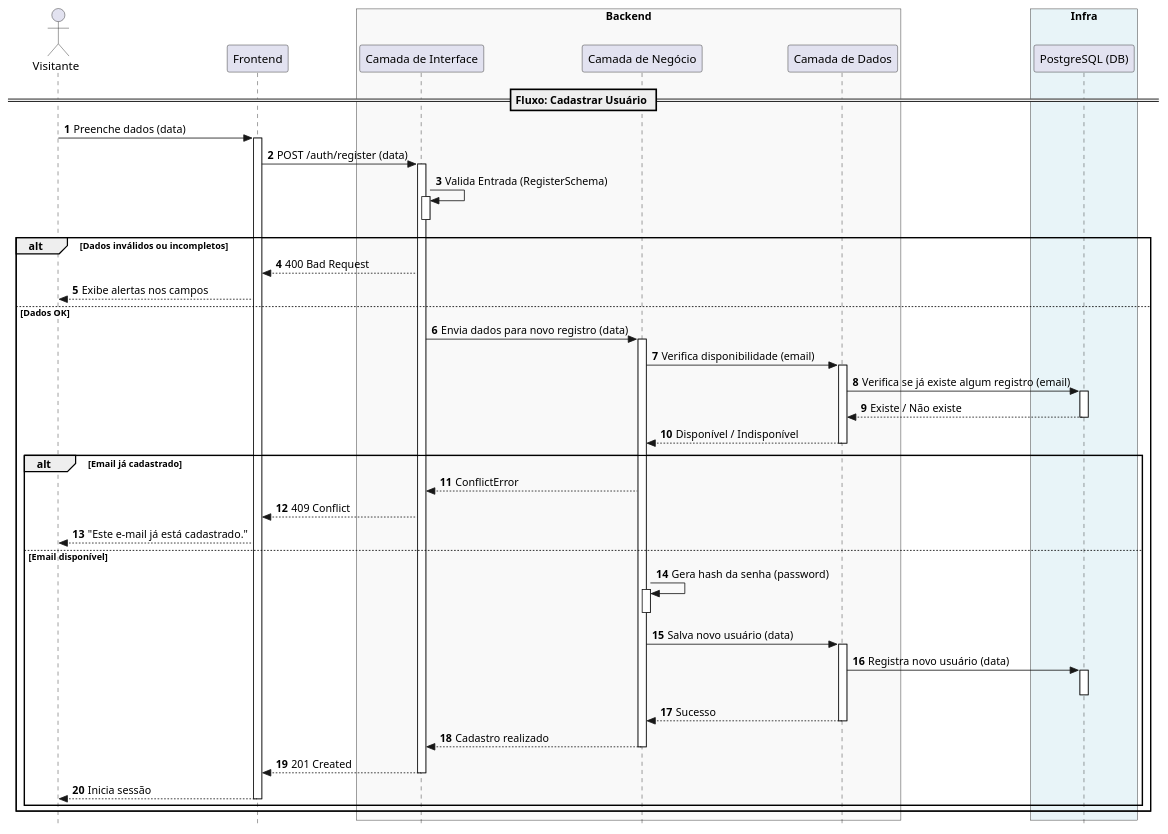
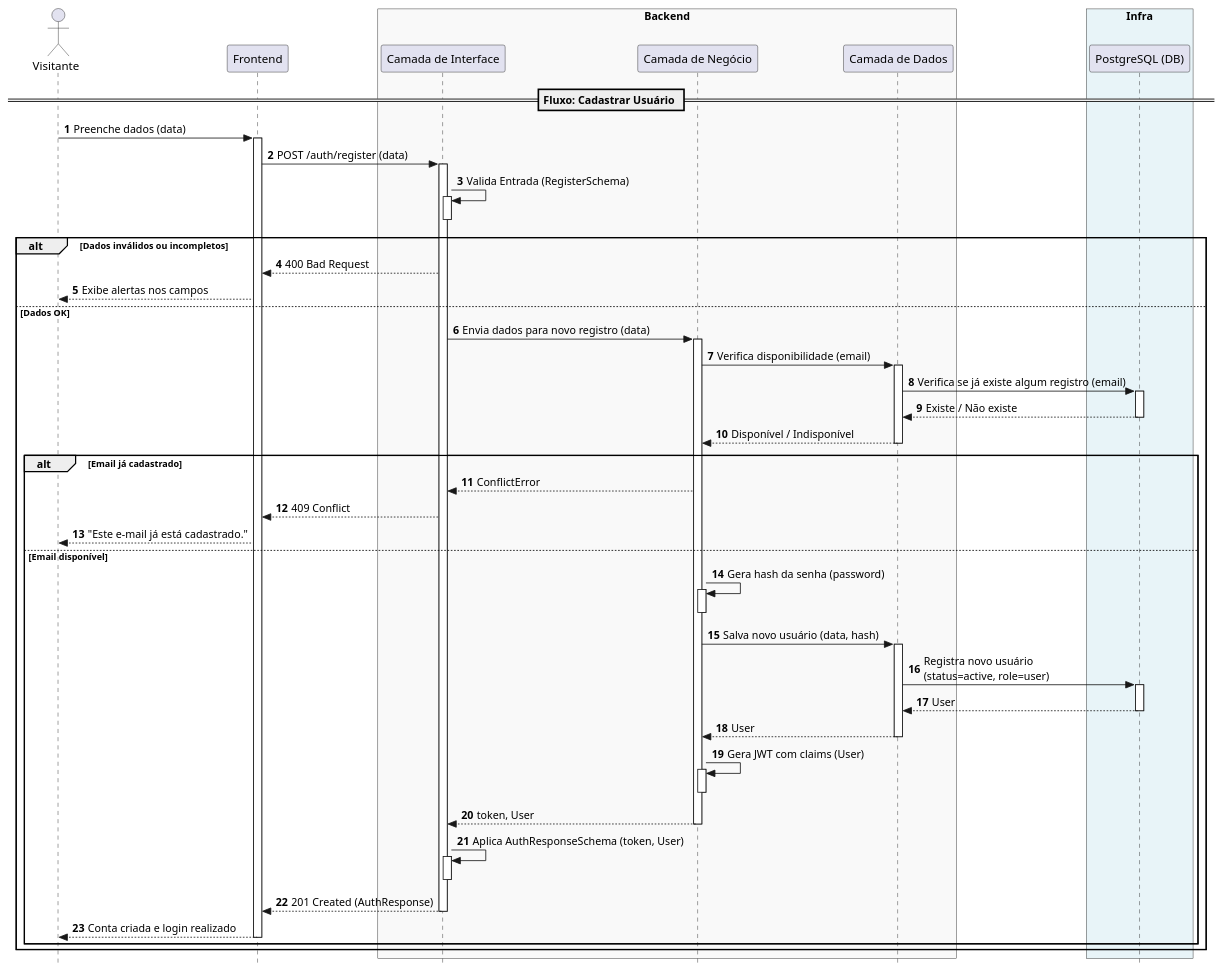
The diagram in docs/uml/sequence/puml/01_user_register.puml (karlsen16/OndeTa), drawn with PlantUML before and after one commit. The commit also changed 16 other files, not shown here.

```diff
--- a/docs/uml/sequence/puml/01_user_register.puml
+++ b/docs/uml/sequence/puml/01_user_register.puml
@@ -1,66 +1,73 @@
 @startuml
 autonumber
 skinparam style strictuml
 
 actor "Visitante" as Guest
 participant "Frontend" as UI
 
 box "Backend" #f9f9f9
     participant "Camada de Interface" as CI
     participant "Camada de Negócio" as CN
     participant "Camada de Dados" as CD
 end box
 
 box "Infra" #e8f4f8
     participant "PostgreSQL (DB)" as DB
 end box
 
 == Fluxo: Cadastrar Usuário ==
 
 Guest -> UI : Preenche dados (data)
 activate UI
 UI -> CI : POST /auth/register (data)
 activate CI
 CI -> CI : Valida Entrada (RegisterSchema)
 activate CI
 deactivate CI
 
 alt Dados inválidos ou incompletos
     CI --> UI : 400 Bad Request
     UI --> Guest : Exibe alertas nos campos
 else Dados OK
     CI -> CN : Envia dados para novo registro (data)
     activate CN
     CN -> CD : Verifica disponibilidade (email)
     activate CD
     CD -> DB : Verifica se já existe algum registro (email)
     activate DB
     DB --> CD : Existe / Não existe
     deactivate DB
     CD --> CN : Disponível / Indisponível
     deactivate CD
 
     alt Email já cadastrado
         CN --> CI : ConflictError
         CI --> UI : 409 Conflict
         UI --> Guest : "Este e-mail já está cadastrado."
     else Email disponível
     CN -> CN : Gera hash da senha (password)
     activate CN
     deactivate CN
-    CN -> CD : Salva novo usuário (data)
+    CN -> CD : Salva novo usuário (data, hash)
     activate CD
-    CD -> DB : Registra novo usuário (data)
+    CD -> DB : Registra novo usuário\n(status=active, role=user)
     activate DB
+    DB --> CD : User
     deactivate DB
-    CD --> CN : Sucesso
+    CD --> CN : User
     deactivate CD
-    CN --> CI : Cadastro realizado
+    CN -> CN : Gera JWT com claims (User)
+    activate CN
     deactivate CN
-    CI --> UI : 201 Created
+    CN --> CI : token, User
+    deactivate CN
+    CI -> CI : Aplica AuthResponseSchema (token, User)
+    activate CI
     deactivate CI
-    UI --> Guest : Inicia sessão
+    CI --> UI : 201 Created (AuthResponse)
+    deactivate CI
+    UI --> Guest : Conta criada e login realizado
     deactivate UI
     end
 end
 @enduml
```
